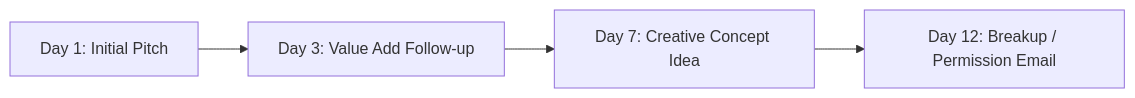
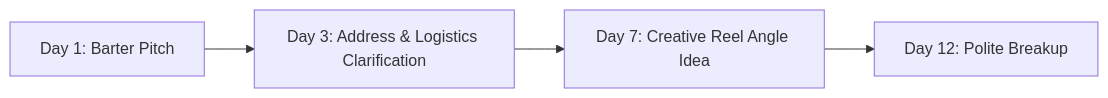
The diagram in templates/brand_outreach_playbook.md (MrVRai/Influencer-Marketing), drawn with Mermaid before and after one commit. The commit also changed other lines of this file and 2 other files, not shown here.

Commit message:
feat: prioritize Barter Campaign Programs as primary hero offer across outreach playbook and pitch decks, clarify direct brand shipping model

````diff
--- a/templates/brand_outreach_playbook.md
+++ b/templates/brand_outreach_playbook.md
@@ -188,6 +170,6 @@
 ```mermaid
 graph LR
-    Day1[Day 1: Initial Pitch] --> Day3[Day 3: Value Add Follow-up]
-    Day3 --> Day7[Day 7: Creative Concept Idea]
-    Day7 --> Day12[Day 12: Breakup / Permission Email]
+    Day1[Day 1: Barter Pitch] --> Day3[Day 3: Address & Logistics Clarification]
+    Day3 --> Day7[Day 7: Creative Reel Angle Idea]
+    Day7 --> Day12[Day 12: Polite Breakup]
 ```
````
